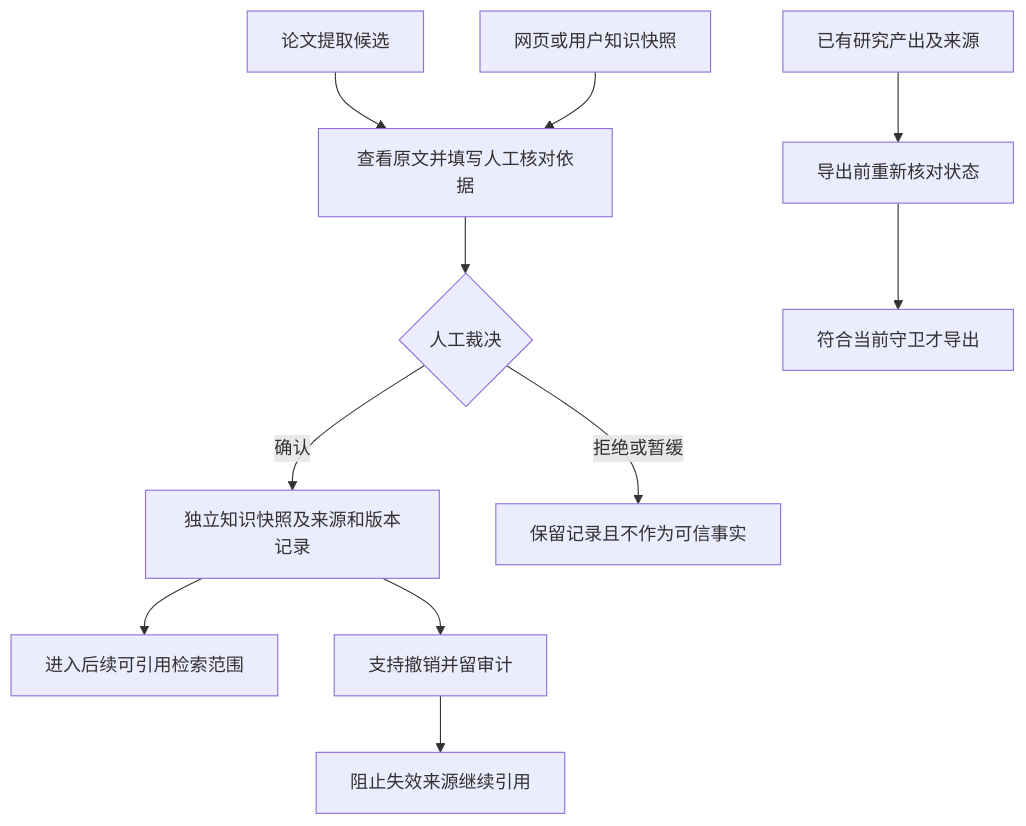
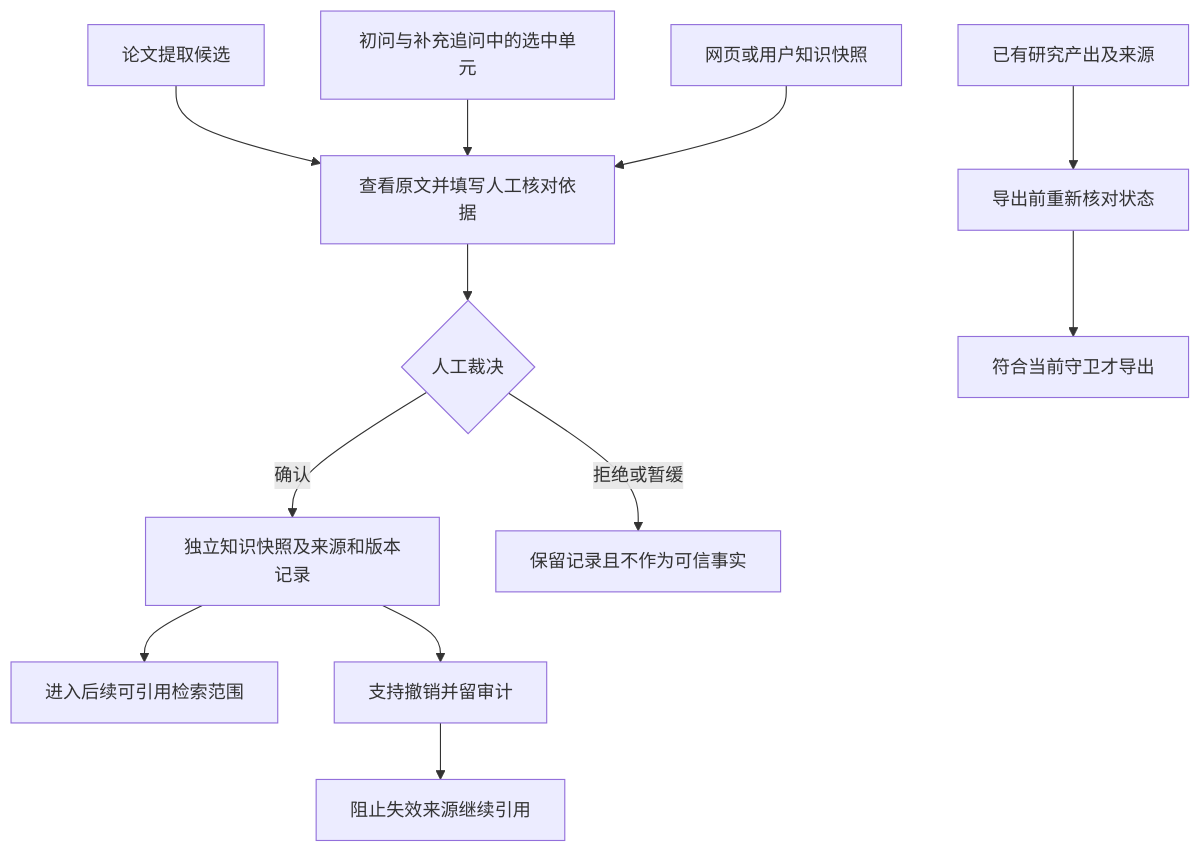
The diagram in docs/modules/05-知识沉淀与产出.md (kingjone0/litprism), drawn with Mermaid before and after one commit. The commit also changed other lines of this file and 46 other files, not shown here.

````diff
--- a/docs/modules/05-知识沉淀与产出.md
+++ b/docs/modules/05-知识沉淀与产出.md
@@ -15,13 +16,14 @@
 ```mermaid
 flowchart TD
     P[论文提取候选] --> H[查看原文并填写人工核对依据]
+    C[初问与补充追问中的选中单元] --> H
     W[网页或用户知识快照] --> H
     H --> D{人工裁决}
     D -->|确认| K[独立知识快照及来源和版本记录]
     D -->|拒绝或暂缓| R[保留记录且不作为可信事实]
     K --> Q[进入后续可引用检索范围]
     K --> V[支持撤销并留审计]
     V --> STOP[阻止失效来源继续引用]
     A[已有研究产出及来源] --> E[导出前重新核对状态]
     E --> O[符合当前守卫才导出]
 ```
````
